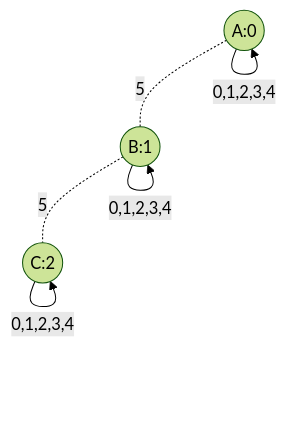
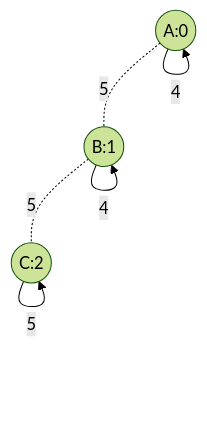
Before and after one commit to randomfunkstyle/randomfun2025swift: the diagram in Resources/TestMaps/three_rooms_five_loops.md, drawn with Mermaid (forest theme). The commit also changed other lines of this file and 12 other files, not shown here.

````diff
--- a/Resources/TestMaps/three_rooms_five_loops.md
+++ b/Resources/TestMaps/three_rooms_five_loops.md
@@ -3,13 +3,24 @@
 ```mermaid
 graph TD
     A((A:0))
     B((B:1))
     C((C:2))
     
     A -.5.- B
     B -.5.- C
     
-    A --0,1,2,3,4--> A
-    B --0,1,2,3,4--> B
-    C --0,1,2,3,4--> C
+    A --0--> A
+    A --1--> A
+    A --2--> A
+    A --3--> A
+    A --4--> A
+    B --1--> B
+    B --2--> B
+    B --3--> B
+    B --4--> B
+    C --1--> C
+    C --2--> C
+    C --3--> C
+    C --4--> C
+    C --5--> C
 ```
````
